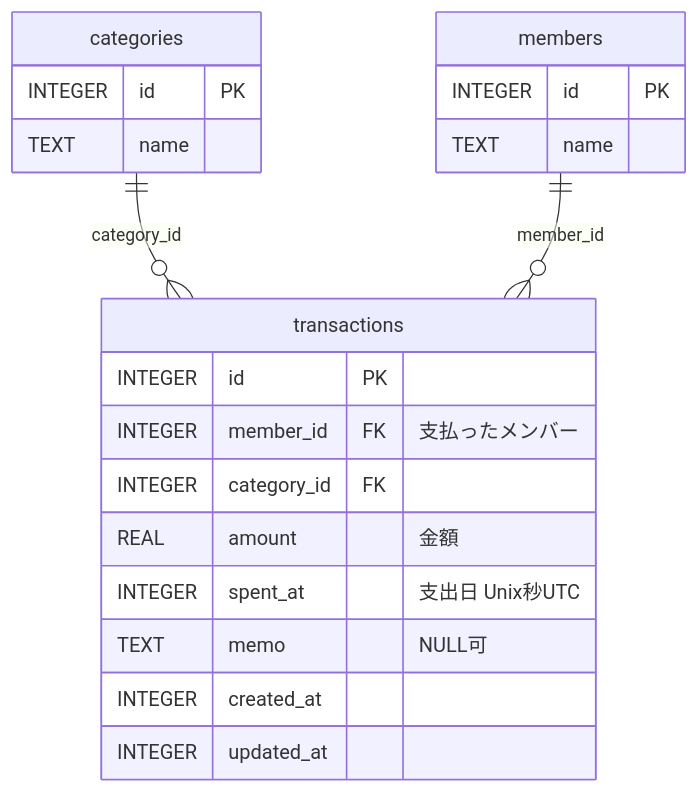
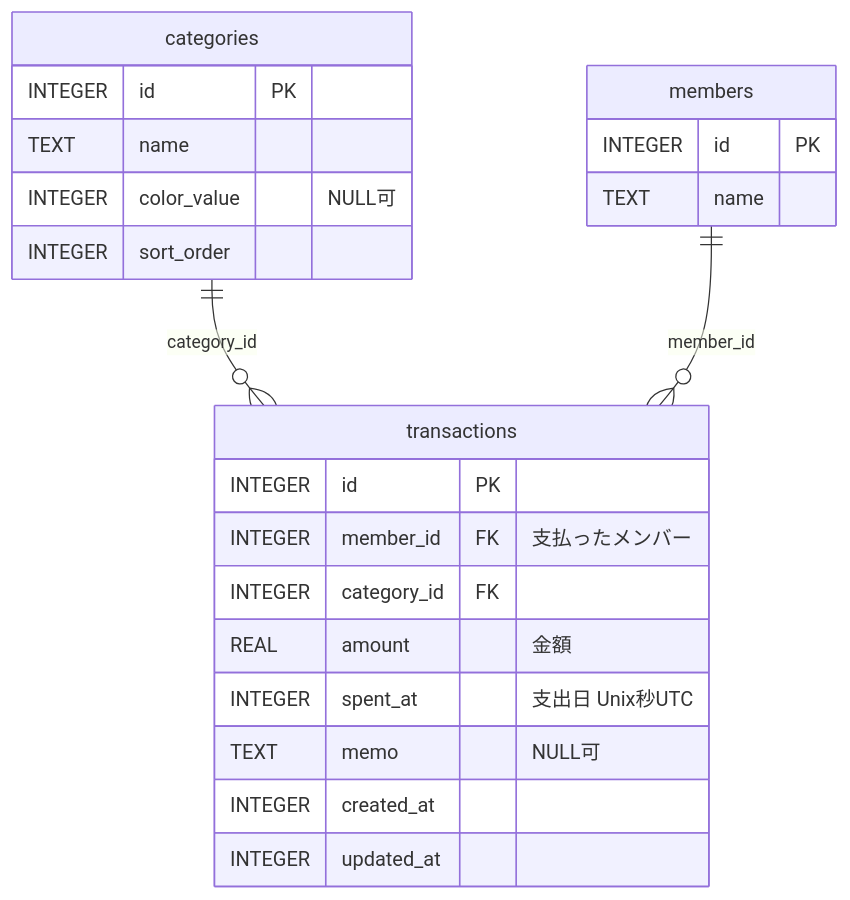
The diagram in docs/db-schema.md (t1a2i3t4i5/LedgerCore), drawn with Mermaid before and after one commit. The commit also changed other lines of this file and 28 other files, not shown here.

````diff
--- a/docs/db-schema.md
+++ b/docs/db-schema.md
@@ -18,26 +18,28 @@
 ```mermaid
 erDiagram
     categories ||--o{ transactions : "category_id"
     members    ||--o{ transactions : "member_id"
 
     categories {
         INTEGER id PK
         TEXT name
+        INTEGER color_value "NULL可"
+        INTEGER sort_order
     }
 
     members {
         INTEGER id PK
         TEXT name
     }
 
     transactions {
         INTEGER id PK
         INTEGER member_id FK "支払ったメンバー"
         INTEGER category_id FK
         REAL amount "金額"
         INTEGER spent_at "支出日 Unix秒UTC"
         TEXT memo "NULL可"
         INTEGER created_at
         INTEGER updated_at
     }
 ```
````
